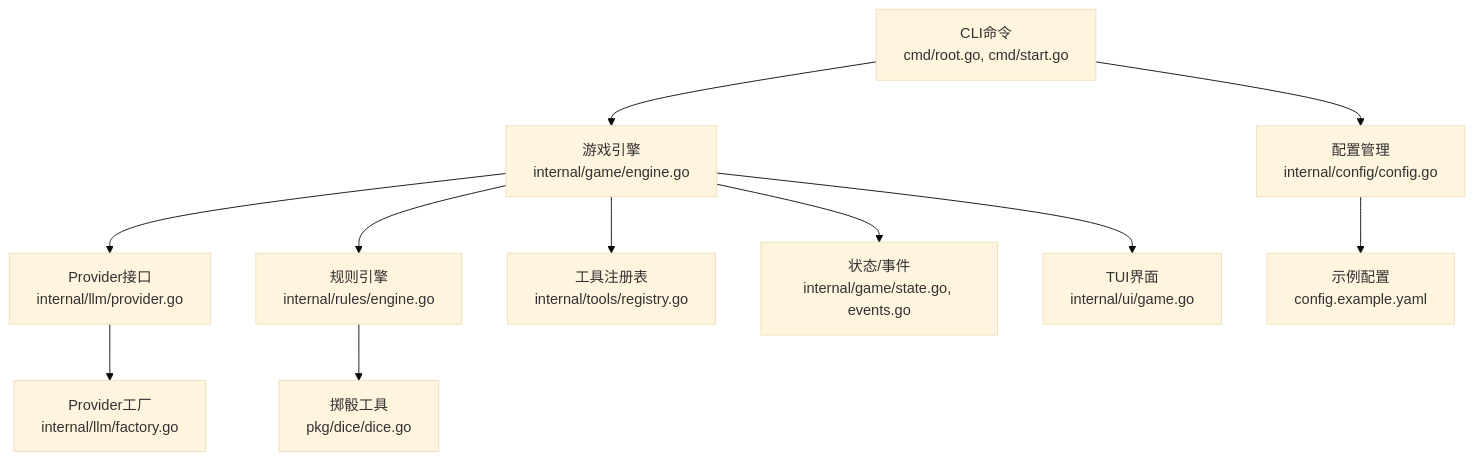
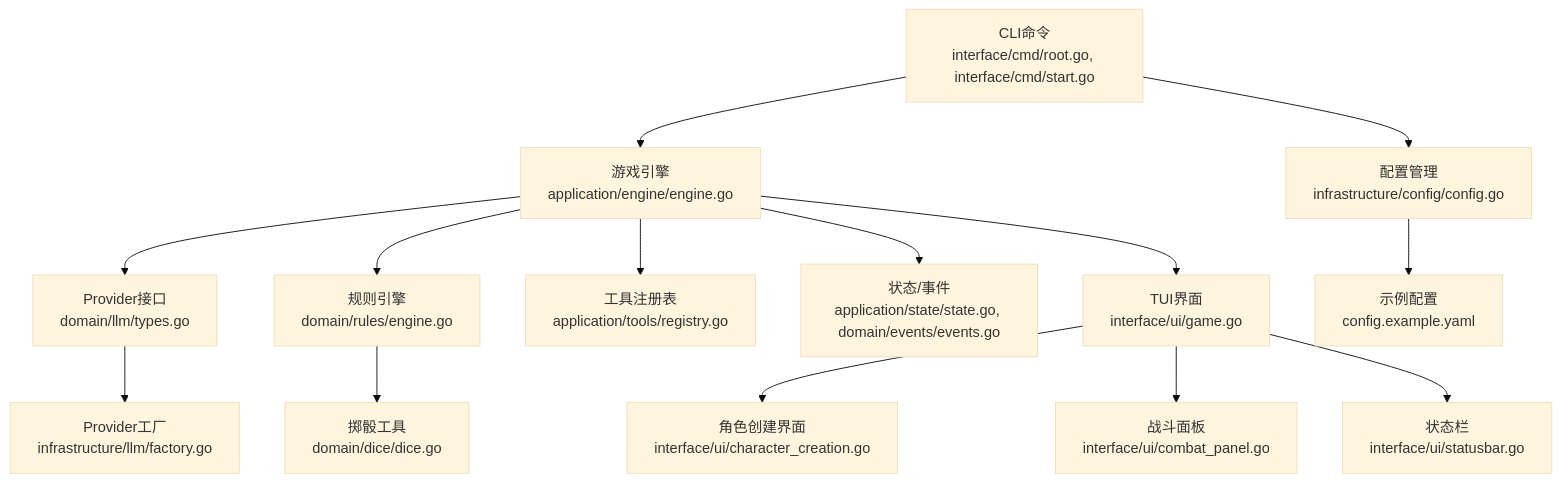
The second of 6 diagrams in .qoder/repowiki/zh/content/项目概述.md (zwh8800/cdnd), drawn with Mermaid (base theme) before and after one commit. The commit also changed other lines of this file and 11 other files, not shown here.

````diff
--- a/.qoder/repowiki/zh/content/项目概述.md
+++ b/.qoder/repowiki/zh/content/项目概述.md
@@ -176,13 +191,16 @@
 ```mermaid
 graph TB
-CLI["CLI命令<br/>cmd/root.go, cmd/start.go"] --> ENGINE["游戏引擎<br/>internal/game/engine.go"]
-ENGINE --> PROVIDER["Provider接口<br/>internal/llm/provider.go"]
-ENGINE --> RULES["规则引擎<br/>internal/rules/engine.go"]
-ENGINE --> TOOLS["工具注册表<br/>internal/tools/registry.go"]
-ENGINE --> STATE["状态/事件<br/>internal/game/state.go, events.go"]
-ENGINE --> UI["TUI界面<br/>internal/ui/game.go"]
-PROVIDER --> FACTORY["Provider工厂<br/>internal/llm/factory.go"]
-RULES --> DICE["掷骰工具<br/>pkg/dice/dice.go"]
-CLI --> CFG["配置管理<br/>internal/config/config.go"]
+CLI["CLI命令<br/>interface/cmd/root.go, interface/cmd/start.go"] --> ENGINE["游戏引擎<br/>application/engine/engine.go"]
+ENGINE --> PROVIDER["Provider接口<br/>domain/llm/types.go"]
+ENGINE --> RULES["规则引擎<br/>domain/rules/engine.go"]
+ENGINE --> TOOLS["工具注册表<br/>application/tools/registry.go"]
+ENGINE --> STATE["状态/事件<br/>application/state/state.go, domain/events/events.go"]
+ENGINE --> UI["TUI界面<br/>interface/ui/game.go"]
+PROVIDER --> FACTORY["Provider工厂<br/>infrastructure/llm/factory.go"]
+RULES --> DICE["掷骰工具<br/>domain/dice/dice.go"]
+CLI --> CFG["配置管理<br/>infrastructure/config/config.go"]
 CFG --> YAML["示例配置<br/>config.example.yaml"]
+UI --> CHARCREATE["角色创建界面<br/>interface/ui/character_creation.go"]
+UI --> COMBAT["战斗面板<br/>interface/ui/combat_panel.go"]
+UI --> STATUS["状态栏<br/>interface/ui/statusbar.go"]
 ```
````
